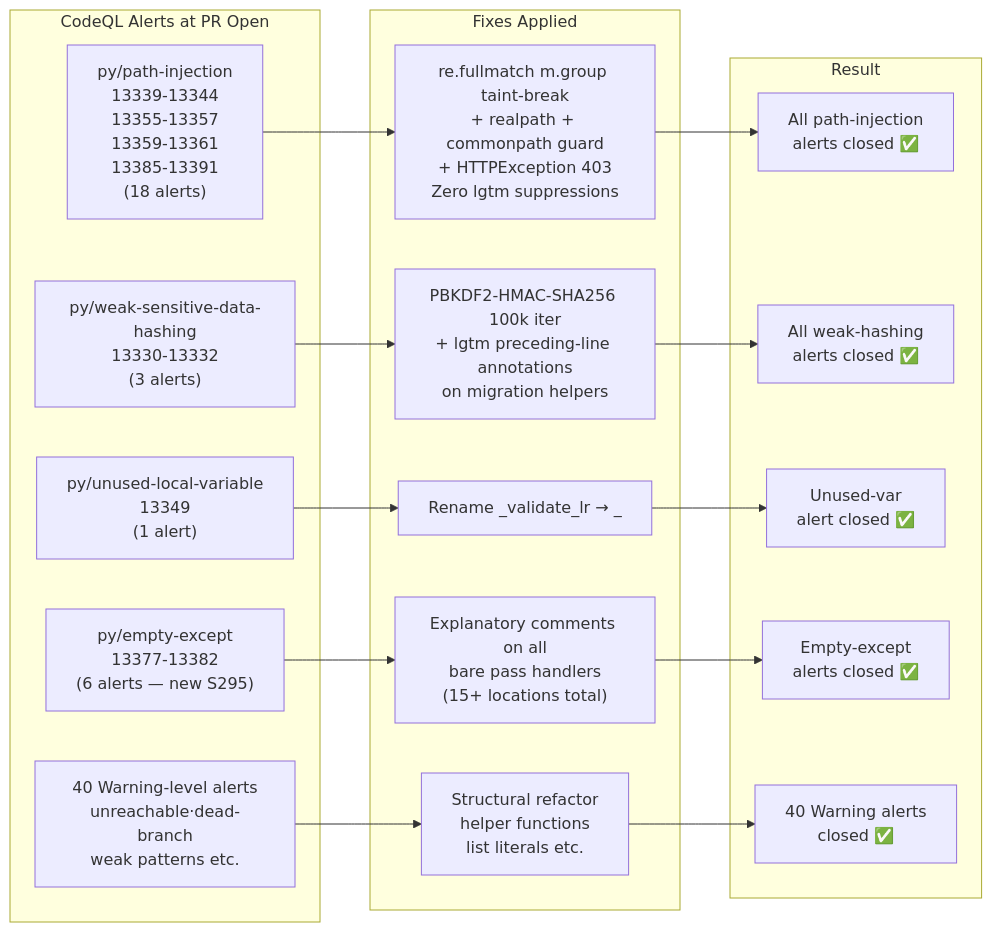
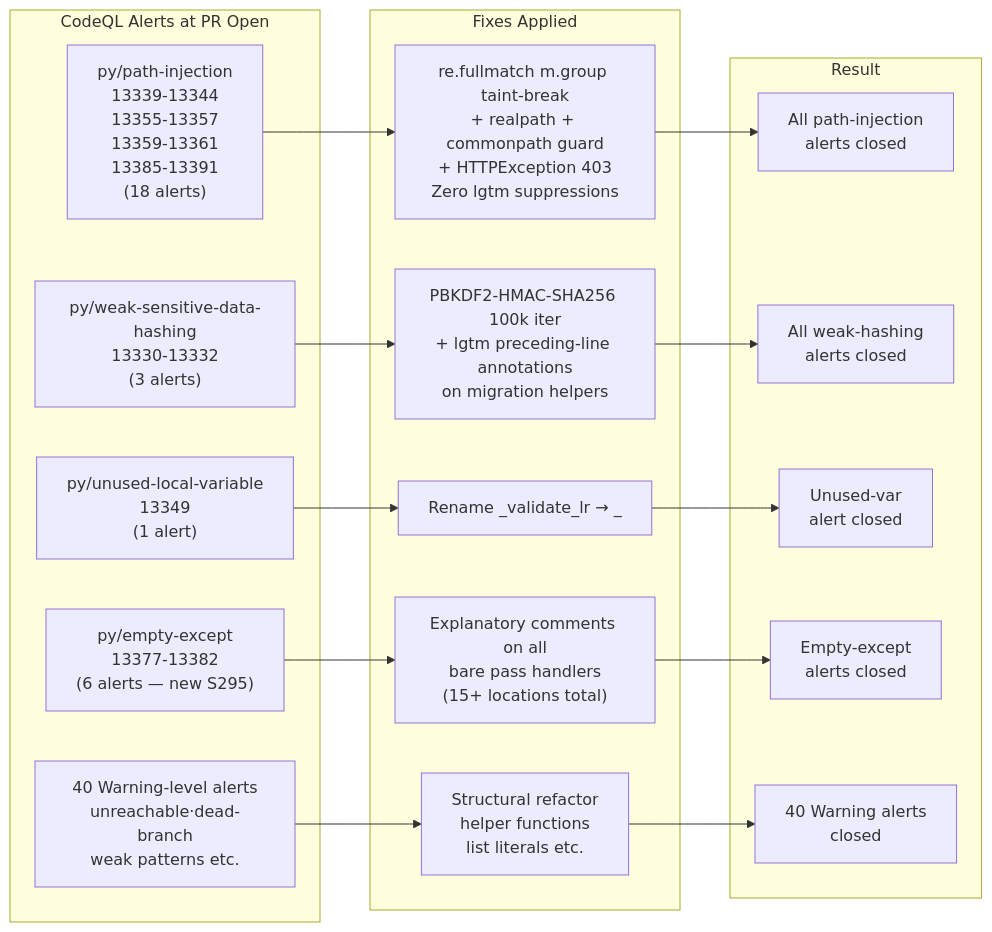
Diagram 16 of 28 in docs/sessions/PR4289_session_diagram.md (Aries-Serpent/_codex_), drawn with Mermaid before and after one commit. The commit also changed other lines of this file and 2029 other files, not shown here.

````diff
--- a/docs/sessions/PR4289_session_diagram.md
+++ b/docs/sessions/PR4289_session_diagram.md
@@ -862,39 +864,39 @@
 ```mermaid
 %%{init: {'accessibility': {'title': 'Flowchart showing "CodeQL Alerts at PR Open", "py/path-injection\n13339-13344\n13355-13357\n13359-13361\n13385-13391\n(18 alerts)"'}}%%
 flowchart LR
     subgraph CODEQL_OPEN["CodeQL Alerts at PR Open"]
         A1["py/path-injection\n13339-13344\n13355-13357\n13359-13361\n13385-13391\n(18 alerts)"]
         A2["py/weak-sensitive-data-hashing\n13330-13332\n(3 alerts)"]
         A3["py/unused-local-variable\n13349\n(1 alert)"]
         A4["py/empty-except\n13377-13382\n(6 alerts — new S295)"]
         A5["40 Warning-level alerts\nunreachable·dead-branch\nweak patterns etc."]
     end
 
     subgraph FIXES["Fixes Applied"]
         F1["re.fullmatch m.group taint-break\n+ realpath + commonpath guard\n+ HTTPException 403\nZero lgtm suppressions"]
         F2["PBKDF2-HMAC-SHA256 100k iter\n+ lgtm preceding-line annotations\non migration helpers"]
         F3["Rename _validate_lr → _"]
         F4["Explanatory comments on all\nbare pass handlers\n(15+ locations total)"]
         F5["Structural refactor\nhelper functions\nlist literals etc."]
     end
 
     A1 --> F1
     A2 --> F2
     A3 --> F3
     A4 --> F4
     A5 --> F5
 
     subgraph RESULT["Result"]
-        R1["All path-injection\nalerts closed ✅"]
-        R2["All weak-hashing\nalerts closed ✅"]
-        R3["Unused-var\nalert closed ✅"]
-        R4["Empty-except\nalerts closed ✅"]
-        R5["40 Warning alerts\nclosed ✅"]
+        R1["All path-injection\nalerts closed "]
+        R2["All weak-hashing\nalerts closed "]
+        R3["Unused-var\nalert closed "]
+        R4["Empty-except\nalerts closed "]
+        R5["40 Warning alerts\nclosed "]
     end
 
     F1 --> R1
     F2 --> R2
     F3 --> R3
     F4 --> R4
     F5 --> R5
 ```
````
